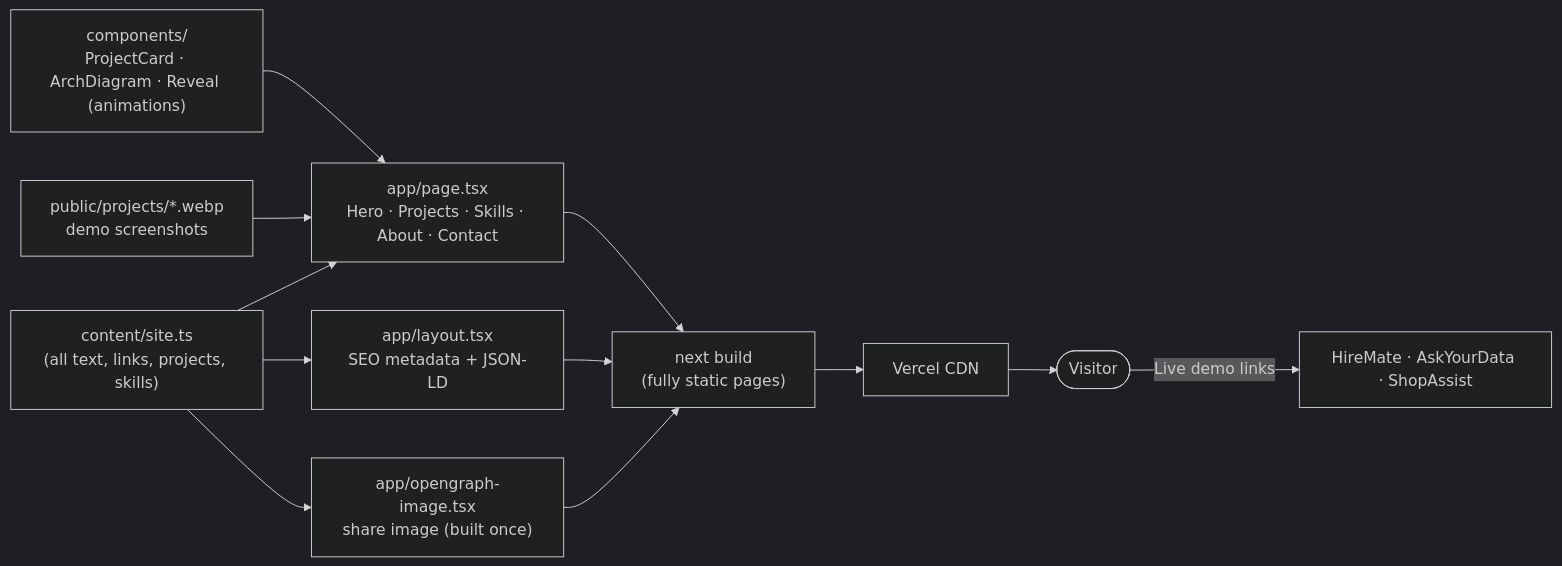
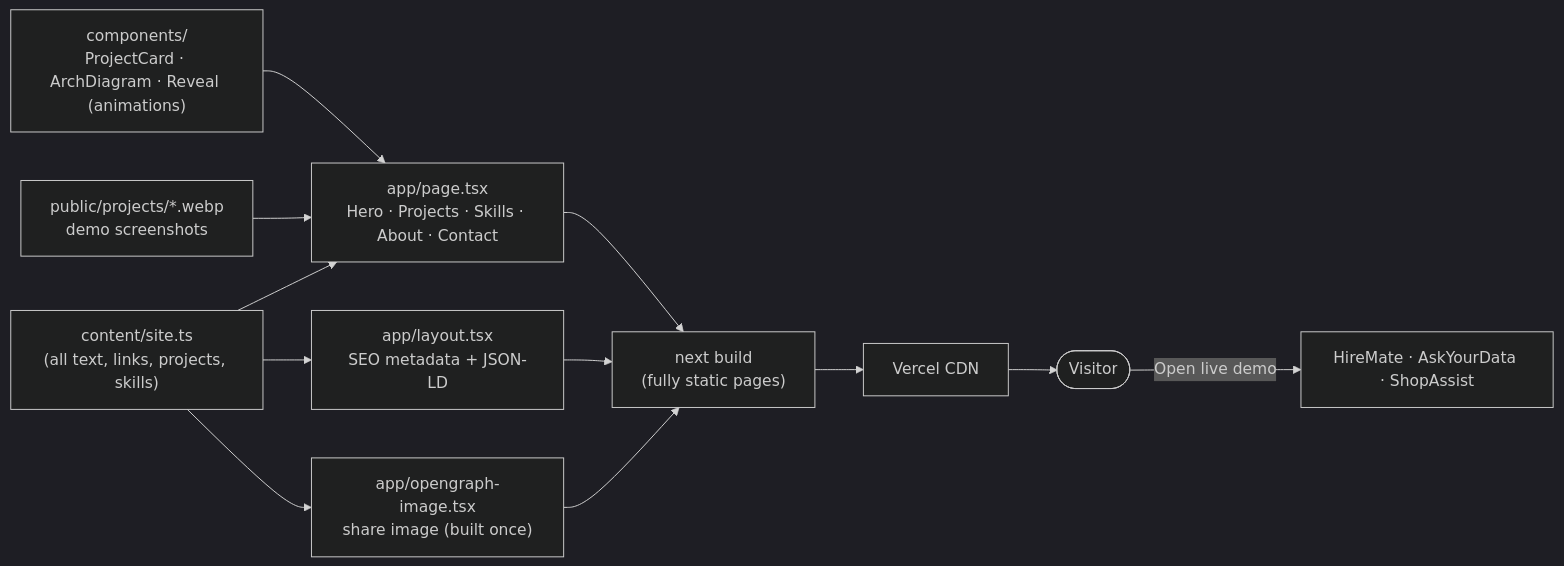
One commit to Memoona-Amjad/portfolio changed the diagram in README.md. Above: the diagram before and after it, drawn with Mermaid (dark theme). The commit also changed other lines of this file and 17 other files, not shown here.

````diff
--- a/README.md
+++ b/README.md
@@ -38,12 +38,12 @@
 ```mermaid
 flowchart LR
     C["content/site.ts<br/>(all text, links, projects, skills)"] --> P["app/page.tsx<br/>Hero · Projects · Skills · About · Contact"]
     K["components/<br/>ProjectCard · ArchDiagram · Reveal (animations)"] --> P
     I["public/projects/*.webp<br/>demo screenshots"] --> P
     C --> M["app/layout.tsx<br/>SEO metadata + JSON-LD"]
     C --> OG["app/opengraph-image.tsx<br/>share image (built once)"]
     P & M & OG --> B["next build<br/>(fully static pages)"]
     B --> V["Vercel CDN"]
     V --> U(["Visitor"])
-    U -- "Live demo links" --> D["HireMate · AskYourData · ShopAssist"]
+    U -- "Open live demo" --> D["HireMate · AskYourData · ShopAssist"]
 ```
````
